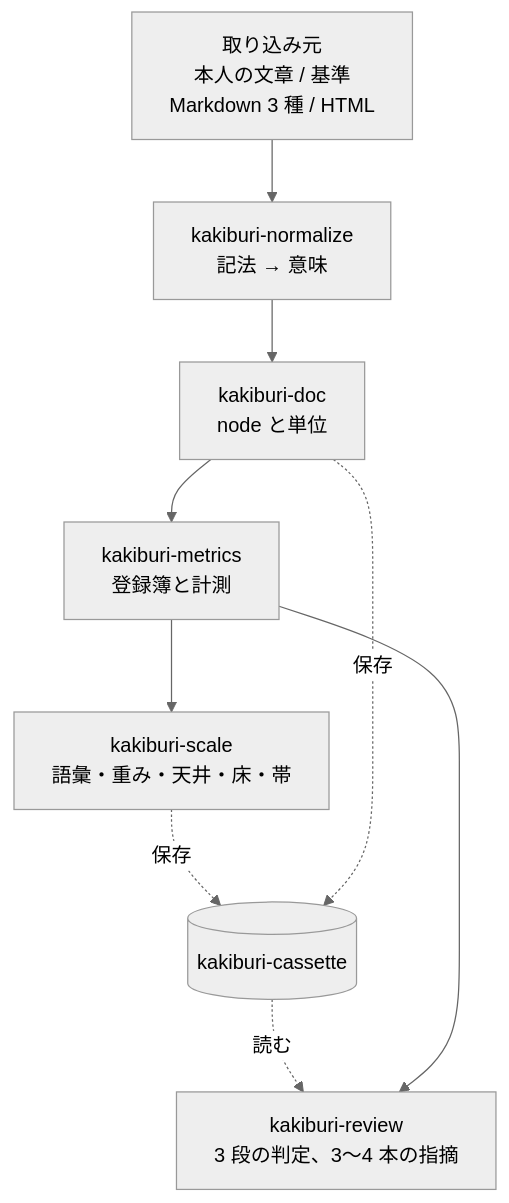
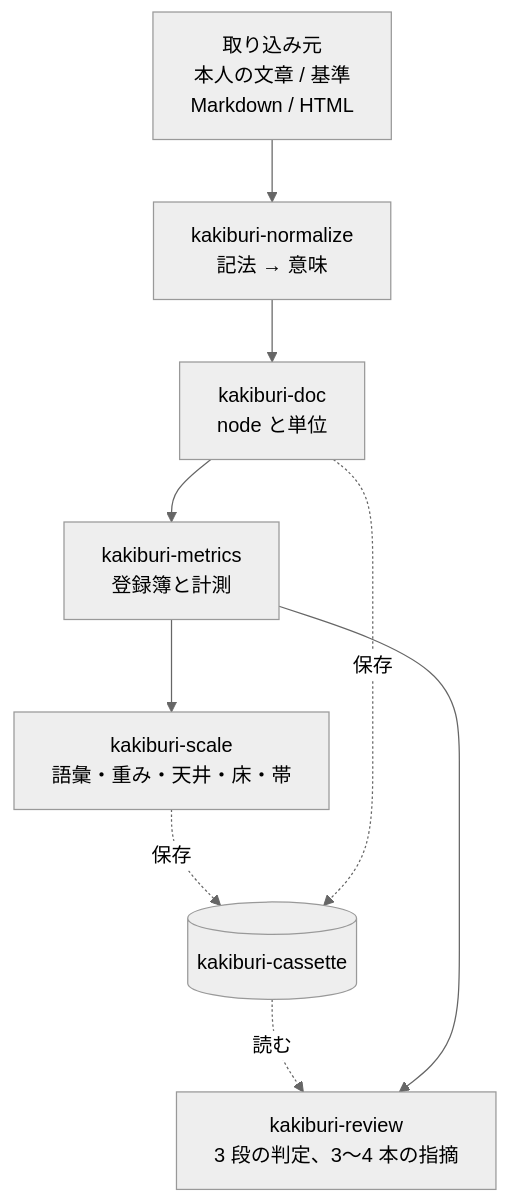
Before and after one commit to lambdalisue/kuchiyose: the first of 2 diagrams in docs/design/000-architecture.md, drawn with Mermaid (neutral theme). The commit also changed other lines of this file and 15 other files, not shown here.

````diff
--- a/docs/design/000-architecture.md
+++ b/docs/design/000-architecture.md
@@ -35,19 +35,19 @@
 ```mermaid
 flowchart TB
-    src["取り込み元<br/>本人の文章 / 基準<br/>Markdown 3 種 / HTML"]
+    src["取り込み元<br/>本人の文章 / 基準<br/>Markdown / HTML"]
     norm["kakiburi-normalize<br/>記法 → 意味"]
     doc["kakiburi-doc<br/>node と単位"]
     met["kakiburi-metrics<br/>登録簿と計測"]
     scale["kakiburi-scale<br/>語彙・重み・天井・床・帯"]
     rev["kakiburi-review<br/>3 段の判定、3〜4 本の指摘"]
     cas[("kakiburi-cassette")]
 
     src --> norm
     norm --> doc
     doc --> met
     met --> scale
     scale -. 保存 .-> cas
     doc -. 保存 .-> cas
     cas -. 読む .-> rev
     met --> rev
 ```
````
